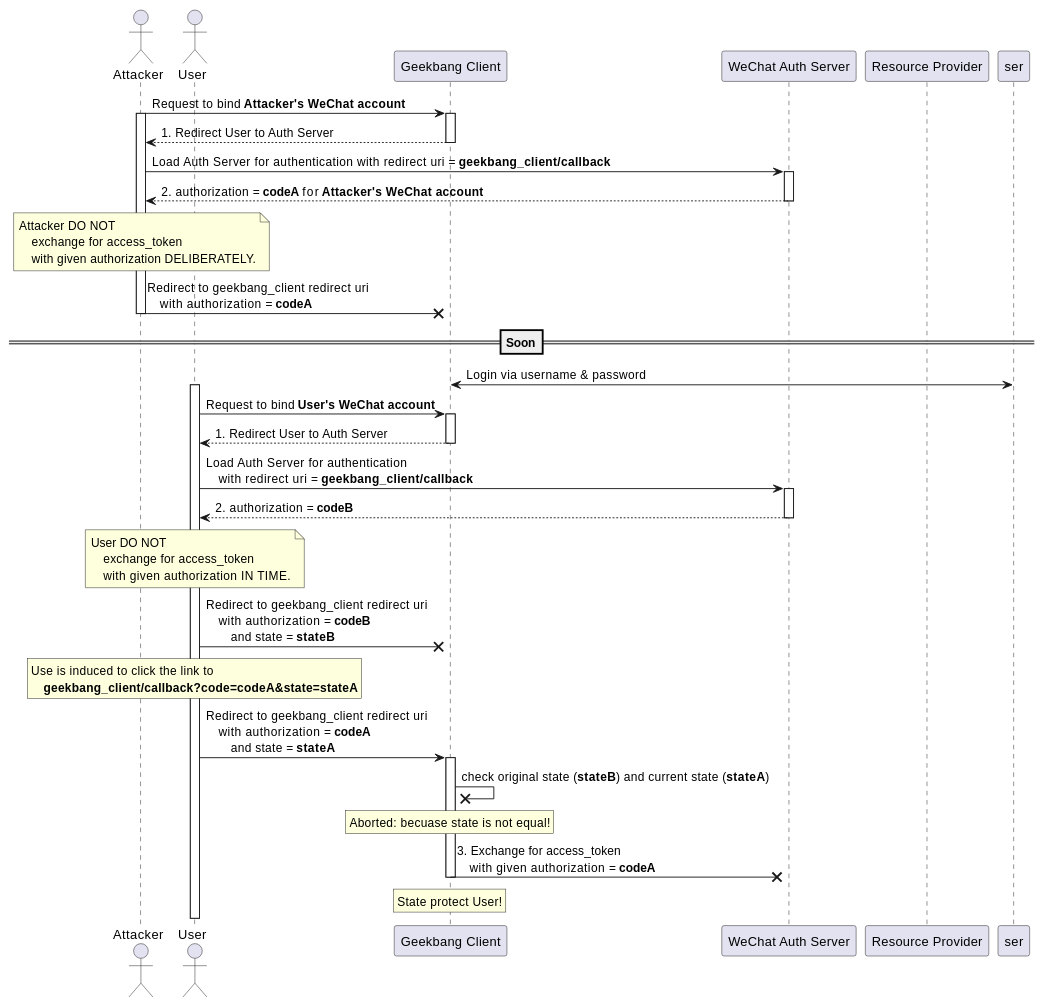
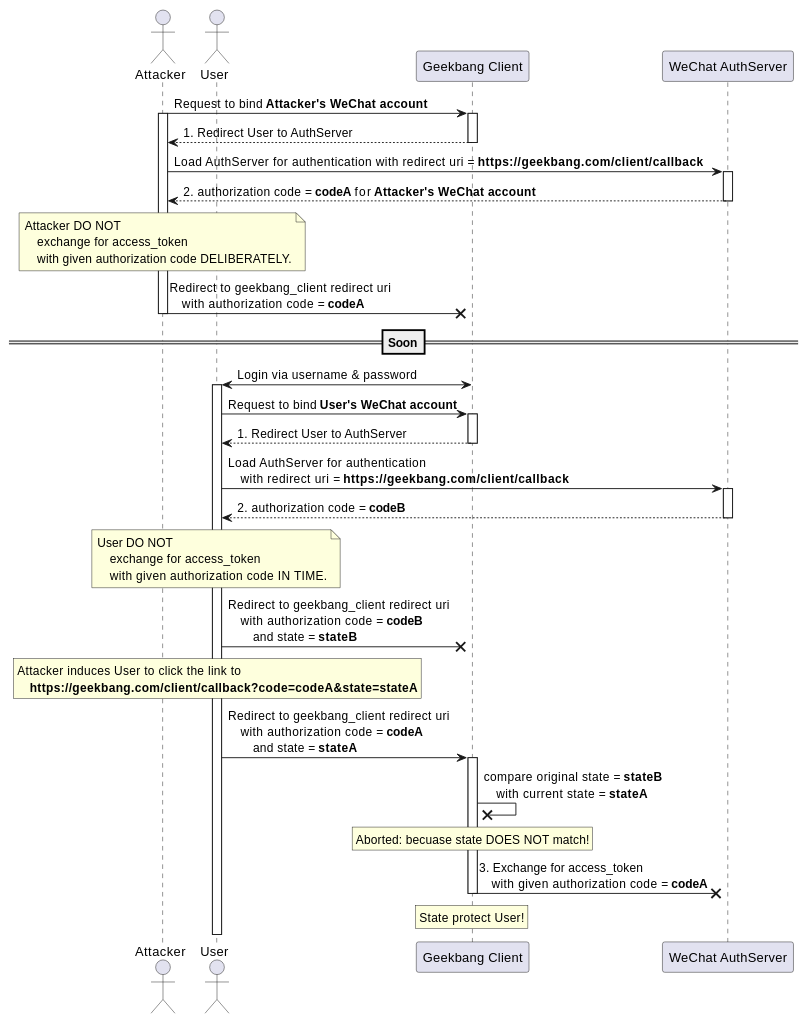
The second of 2 diagrams in auth/csrf-attack-on-oauth.md (IceHe/lib), drawn with PlantUML before and after one commit. The commit also changed other lines of this file, not shown here.

````diff
--- a/auth/csrf-attack-on-oauth.md
+++ b/auth/csrf-attack-on-oauth.md
@@ -110,75 +116,73 @@
 ```plantuml
 @startuml
 actor attacker as "Attacker"
 actor user as "User"
 
 participant geekbang_client as "Geekbang Client"
-
-participant auth_serv as "WeChat Auth Server"
-participant protected_res as "Resource Provider"
+participant auth_server as "WeChat AuthServer"
 
 attacker -> geekbang_client: Request to bind **Attacker's WeChat account**
 activate attacker
 activate geekbang_client
-attacker <-- geekbang_client: 1. Redirect User to Auth Server
+attacker <-- geekbang_client: 1. Redirect User to AuthServer
 deactivate geekbang_client
 
-attacker -> auth_serv: Load Auth Server for authentication with redirect uri = **geekbang_client/callback**
-activate auth_serv
-attacker <-- auth_serv: 2. authorization = **codeA** for **Attacker's WeChat account**
-deactivate auth_serv
+attacker -> auth_server: Load AuthServer for authentication with redirect uri = **https://geekbang.com/client/callback**
+activate auth_server
+attacker <-- auth_server: 2. authorization code = **codeA** for **Attacker's WeChat account**
+deactivate auth_server
 
 note over attacker
     Attacker DO NOT
         exchange for access_token
-        with given authorization DELIBERATELY.
+        with given authorization code DELIBERATELY.
 endrnote
 
-attacker -x geekbang_client: Redirect to geekbang_client redirect uri \n    with authorization = **codeA**
+attacker -x geekbang_client: Redirect to geekbang_client redirect uri \n    with authorization code = **codeA**
 deactivate attacker
 
 ==Soon==
 
-ser <-> geekbang_client: Login via username & password
+user <-> geekbang_client: Login via username & password
 activate user
 user -> geekbang_client: Request to bind **User's WeChat account**
 activate geekbang_client
-user <-- geekbang_client: 1. Redirect User to Auth Server
+user <-- geekbang_client: 1. Redirect User to AuthServer
 deactivate geekbang_client
 
-user -> auth_serv: Load Auth Server for authentication \n    with redirect uri = **geekbang_client/callback**
-activate auth_serv
-user <-- auth_serv: 2. authorization = **codeB**
-deactivate auth_serv
+user -> auth_server: Load AuthServer for authentication \n    with redirect uri = **https://geekbang.com/client/callback**
+activate auth_server
+user <-- auth_server: 2. authorization code = **codeB**
+deactivate auth_server
 
 note over user
     User DO NOT
         exchange for access_token
-        with given authorization IN TIME.
+        with given authorization code IN TIME.
 endrnote
 
-user -x geekbang_client: Redirect to geekbang_client redirect uri \n    with authorization = **codeB** \n        and state = **stateB**
+user -x geekbang_client: Redirect to geekbang_client redirect uri \n    with authorization code = **codeB** \n        and state = **stateB**
 
 rnote over user
-    Use is induced to click the link to
-        **geekbang_client/callback?code=codeA&state=stateA**
+    Attacker induces User to click the link to
+        **https://geekbang.com/client/callback?code=codeA&state=stateA**
 endrnote
 
-user -> geekbang_client: Redirect to geekbang_client redirect uri \n    with authorization = **codeA** \n        and state = **stateA**
+user -> geekbang_client: Redirect to geekbang_client redirect uri \n    with authorization code = **codeA** \n        and state = **stateA**
 activate geekbang_client
 
-geekbang_client -x geekbang_client: check original state (**stateB**) and current state (**stateA**)
+geekbang_client -x geekbang_client: compare original state = **stateB** \n    with current state = **stateA**
 
 rnote over geekbang_client
-    Aborted: becuase state is not equal!
+    Aborted: becuase state DOES NOT match!
 endrnote
 
-geekbang_client -x auth_serv: 3. Exchange for access_token \n    with given authorization = **codeA**
+geekbang_client -x auth_server: 3. Exchange for access_token \n    with given authorization code = **codeA**
 deactivate geekbang_client
 
 rnote over geekbang_client
     State protect User!
 endrnote
 
 @enduml
 ```
````
